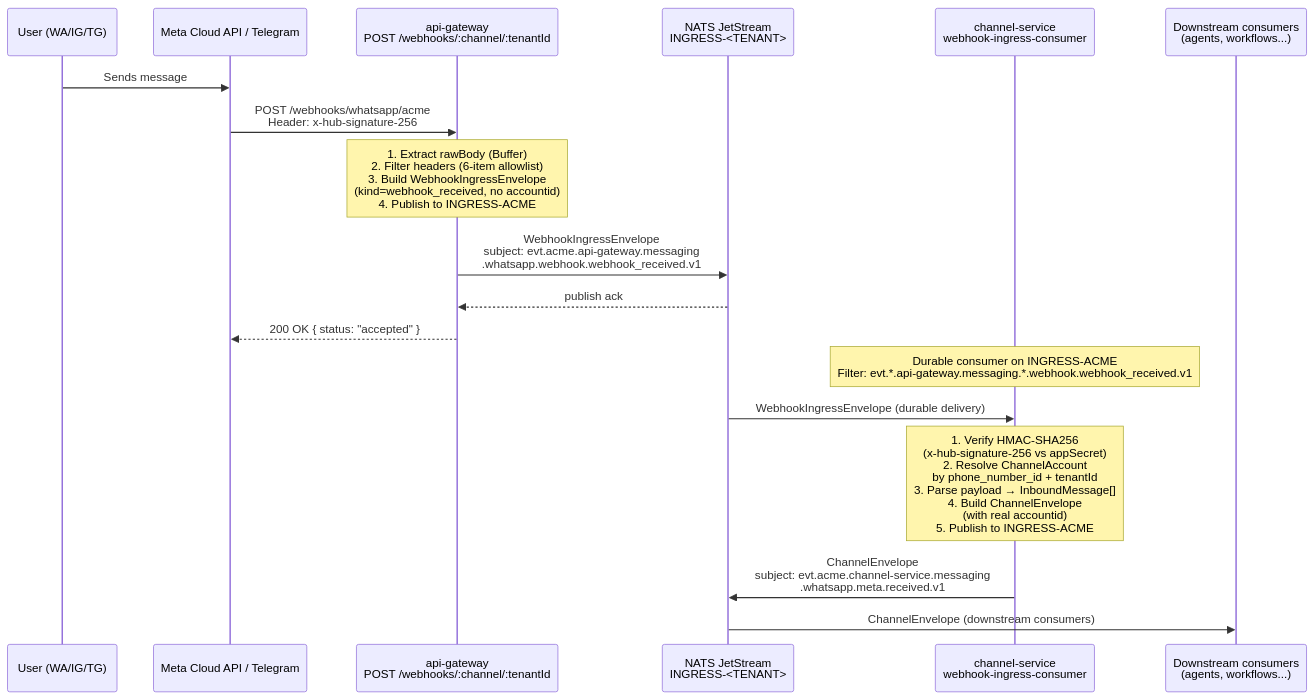
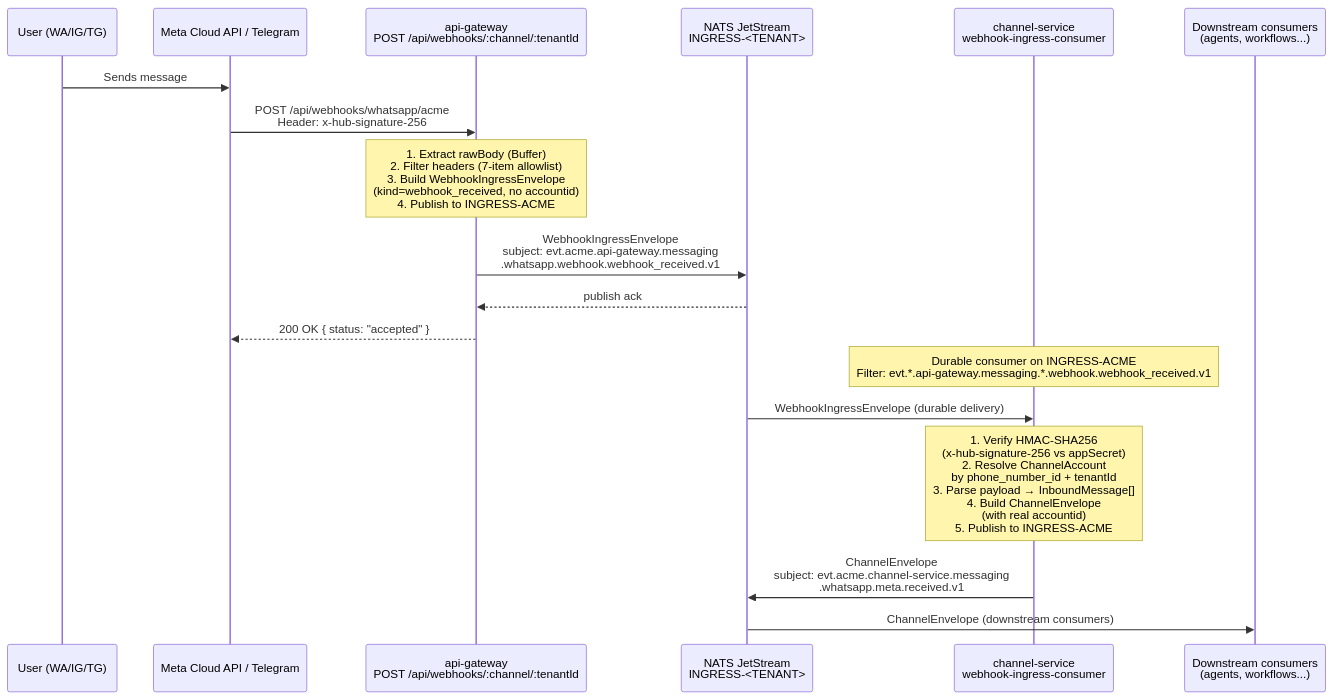
One commit to ccarnero/colloqui changed the first of 4 diagrams in DOCS/channels/channel-service.md. Above: the diagram before and after it, drawn with Mermaid. The commit also changed other lines of this file and 88 other files, not shown here.

````diff
--- a/DOCS/channels/channel-service.md
+++ b/DOCS/channels/channel-service.md
@@ -91,28 +93,28 @@
 ```mermaid
 sequenceDiagram
     participant WA as User (WA/IG/TG)
     participant Meta as Meta Cloud API / Telegram
-    participant GW as api-gateway<br/>POST /webhooks/:channel/:tenantId
+    participant GW as api-gateway<br/>POST /api/webhooks/:channel/:tenantId
     participant JS as NATS JetStream<br/>INGRESS-<TENANT>
     participant CS as channel-service<br/>webhook-ingress-consumer
     participant Down as Downstream consumers<br/>(agents, workflows...)
 
     WA->>Meta: Sends message
-    Meta->>GW: POST /webhooks/whatsapp/acme<br/>Header: x-hub-signature-256
+    Meta->>GW: POST /api/webhooks/whatsapp/acme<br/>Header: x-hub-signature-256
 
-    Note over GW: 1. Extract rawBody (Buffer)<br/>2. Filter headers (6-item allowlist)<br/>3. Build WebhookIngressEnvelope<br/>   (kind=webhook_received, no accountid)<br/>4. Publish to INGRESS-ACME
+    Note over GW: 1. Extract rawBody (Buffer)<br/>2. Filter headers (7-item allowlist)<br/>3. Build WebhookIngressEnvelope<br/>   (kind=webhook_received, no accountid)<br/>4. Publish to INGRESS-ACME
 
     GW->>JS: WebhookIngressEnvelope<br/>subject: evt.acme.api-gateway.messaging<br/>.whatsapp.webhook.webhook_received.v1
     JS-->>GW: publish ack
     GW-->>Meta: 200 OK { status: "accepted" }
 
     Note over CS: Durable consumer on INGRESS-ACME<br/>Filter: evt.*.api-gateway.messaging.*.webhook.webhook_received.v1
 
     JS->>CS: WebhookIngressEnvelope (durable delivery)
 
     Note over CS: 1. Verify HMAC-SHA256<br/>   (x-hub-signature-256 vs appSecret)<br/>2. Resolve ChannelAccount<br/>   by phone_number_id + tenantId<br/>3. Parse payload → InboundMessage[]<br/>4. Build ChannelEnvelope<br/>   (with real accountid)<br/>5. Publish to INGRESS-ACME
 
     CS->>JS: ChannelEnvelope<br/>subject: evt.acme.channel-service.messaging<br/>.whatsapp.meta.received.v1
 
     JS->>Down: ChannelEnvelope (downstream consumers)
 ```
````
